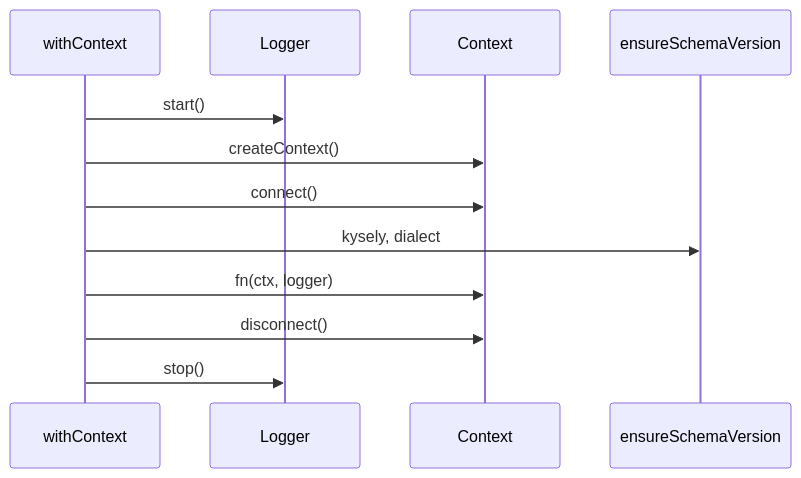
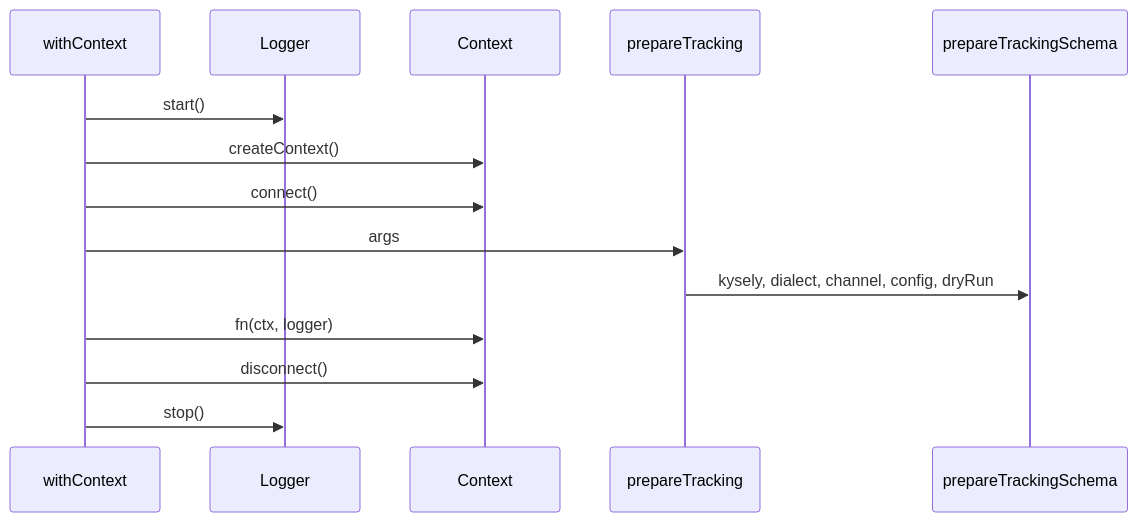
Before and after one commit to noormdev/noorm: the sixth of 8 diagrams in docs/wiki/cli.md, drawn with Mermaid. The commit also changed other lines of this file and 191 other files, not shown here.

````diff
--- a/docs/wiki/cli.md
+++ b/docs/wiki/cli.md
@@ -183,15 +183,17 @@
 ```mermaid
 sequenceDiagram
     %% source: src/cli/_utils.ts
     participant CLI as withContext
     participant Logger as Logger
     participant SDK as Context
-    participant Schema as ensureSchemaVersion
+    participant Prep as prepareTracking
+    participant Schema as prepareTrackingSchema
     CLI->>Logger: start()
     CLI->>SDK: createContext()
     CLI->>SDK: connect()
-    CLI->>Schema: kysely, dialect
+    CLI->>Prep: args
+    Prep->>Schema: kysely, dialect, channel, config, dryRun
     CLI->>SDK: fn(ctx, logger)
     CLI->>SDK: disconnect()
     CLI->>Logger: stop()
 ```
````
